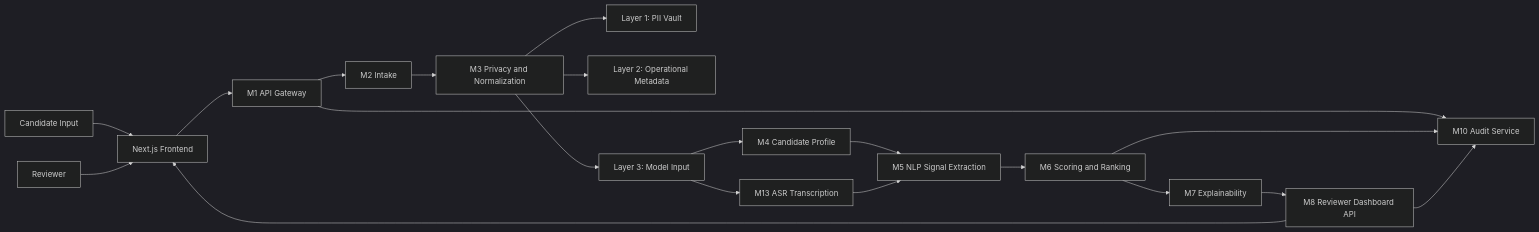
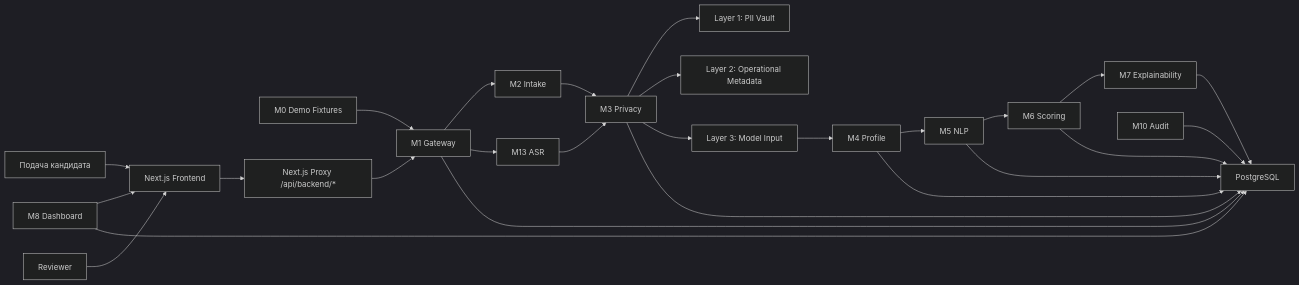
The first of 3 diagrams in docs/rus/ARCHITECTURE.md (alenisaw/invision_u_Vi-Ka), drawn with Mermaid (dark theme) before and after one commit. The commit also changed other lines of this file and 68 other files, not shown here.

````diff
--- a/docs/rus/ARCHITECTURE.md
+++ b/docs/rus/ARCHITECTURE.md
@@ -36,39 +45,48 @@
 ```mermaid
 flowchart LR
-    Candidate["Candidate Input"]
+    Candidate["Подача кандидата"]
+    Demo["M0 Demo Fixtures"]
     Frontend["Next.js Frontend"]
-    M1["M1 API Gateway"]
-    M2["M2 Intake"]
-    M3["M3 Privacy and Normalization"]
+    Proxy["Next.js Proxy /api/backend/*"]
+    Gateway["M1 Gateway"]
+    Intake["M2 Intake"]
+    Privacy["M3 Privacy"]
     L1["Layer 1: PII Vault"]
     L2["Layer 2: Operational Metadata"]
     L3["Layer 3: Model Input"]
-    M4["M4 Candidate Profile"]
-    M5["M5 NLP Signal Extraction"]
-    M13["M13 ASR Transcription"]
-    M6["M6 Scoring and Ranking"]
-    M7["M7 Explainability"]
-    M8["M8 Reviewer Dashboard API"]
-    M10["M10 Audit Service"]
+    Profile["M4 Profile"]
+    NLP["M5 NLP"]
+    ASR["M13 ASR"]
+    Score["M6 Scoring"]
+    Explain["M7 Explainability"]
+    Dashboard["M8 Dashboard"]
+    Audit["M10 Audit"]
+    DB["PostgreSQL"]
     Reviewer["Reviewer"]
 
     Candidate --> Frontend
-    Frontend --> M1
-    M1 --> M2
-    M2 --> M3
-    M3 --> L1
-    M3 --> L2
-    M3 --> L3
-    L3 --> M4
-    M4 --> M5
-    L3 --> M13
-    M13 --> M5
-    M5 --> M6
-    M6 --> M7
-    M7 --> M8
-    M8 --> Frontend
+    Demo --> Gateway
+    Frontend --> Proxy
+    Proxy --> Gateway
+    Gateway --> Intake
+    Intake --> Privacy
+    Privacy --> L1
+    Privacy --> L2
+    Privacy --> L3
+    L3 --> Profile
+    Gateway --> ASR
+    ASR --> Privacy
+    Profile --> NLP
+    NLP --> Score
+    Score --> Explain
+    Dashboard --> Frontend
     Reviewer --> Frontend
-    M1 --> M10
-    M6 --> M10
-    M8 --> M10
+    Gateway --> DB
+    Privacy --> DB
+    Profile --> DB
+    NLP --> DB
+    Score --> DB
+    Explain --> DB
+    Dashboard --> DB
+    Audit --> DB
 ```
````
